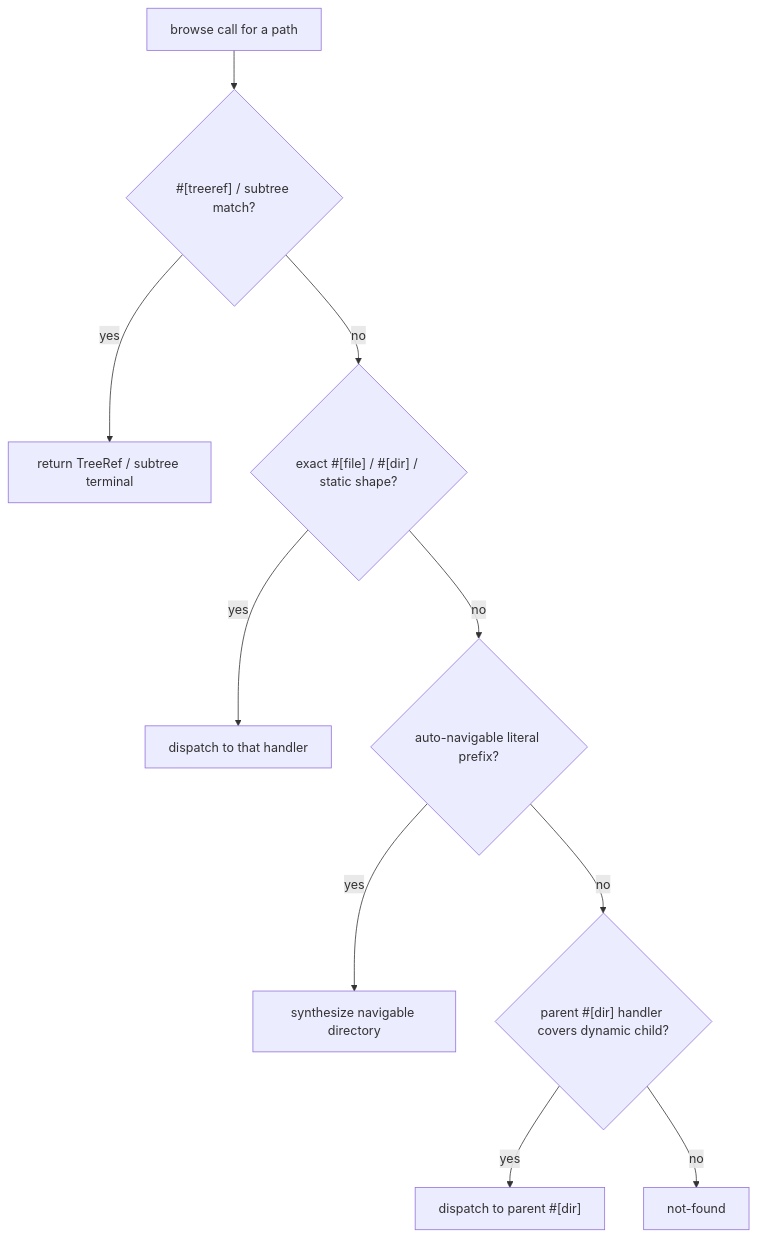
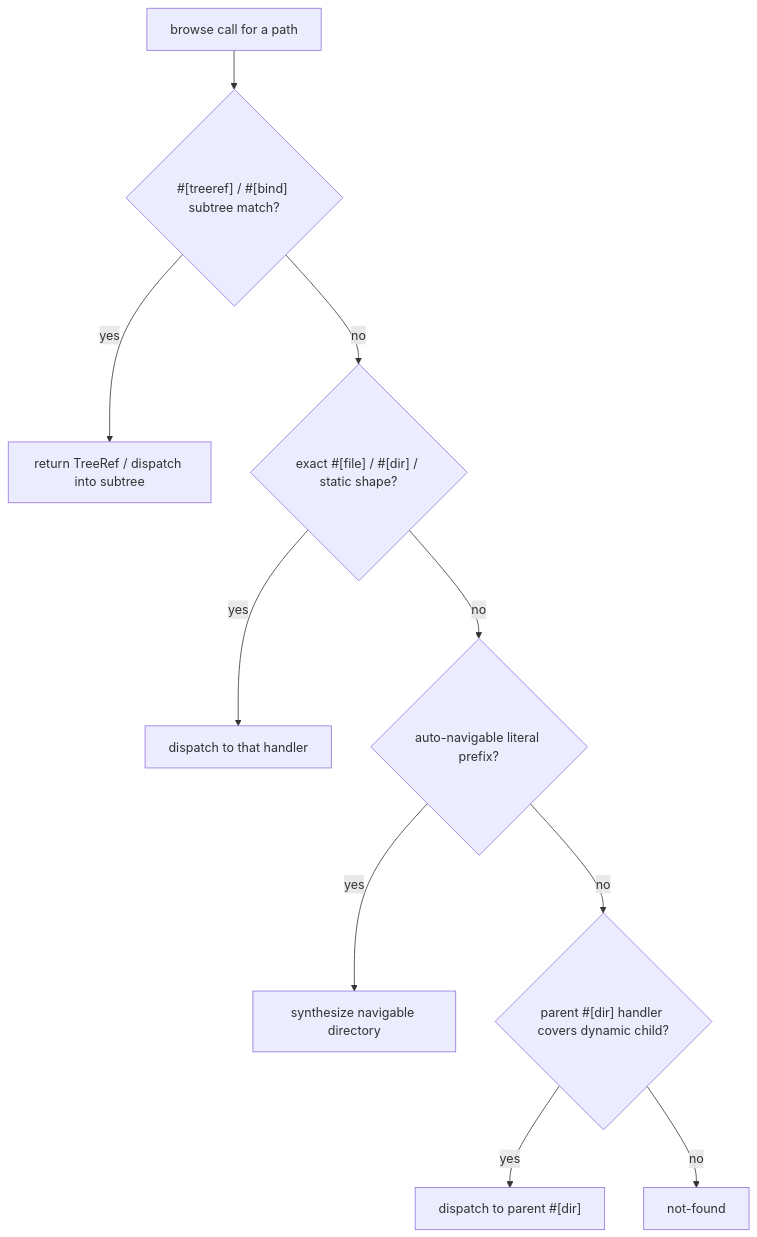
Before and after one commit to 0xff-ai/omnifs: the diagram in website/src/content/docs/building-providers/handlers.md, drawn with Mermaid. The commit also changed other lines of this file and 11 other files, not shown here.

````diff
--- a/website/src/content/docs/building-providers/handlers.md
+++ b/website/src/content/docs/building-providers/handlers.md
@@ -113,12 +152,12 @@
 ```mermaid
 flowchart TD
-    A["browse call for a path"] --> B{"#[treeref] / subtree match?"}
-    B -->|yes| S["return TreeRef / subtree terminal"]
+    A["browse call for a path"] --> B{"#[treeref] / #[bind] subtree match?"}
+    B -->|yes| S["return TreeRef / dispatch into subtree"]
     B -->|no| C{"exact #[file] / #[dir] / static shape?"}
     C -->|yes| H["dispatch to that handler"]
     C -->|no| D{"auto-navigable literal prefix?"}
     D -->|yes| N["synthesize navigable directory"]
     D -->|no| E{"parent #[dir] handler covers dynamic child?"}
     E -->|yes| P["dispatch to parent #[dir]"]
     E -->|no| F["not-found"]
 ```
````
